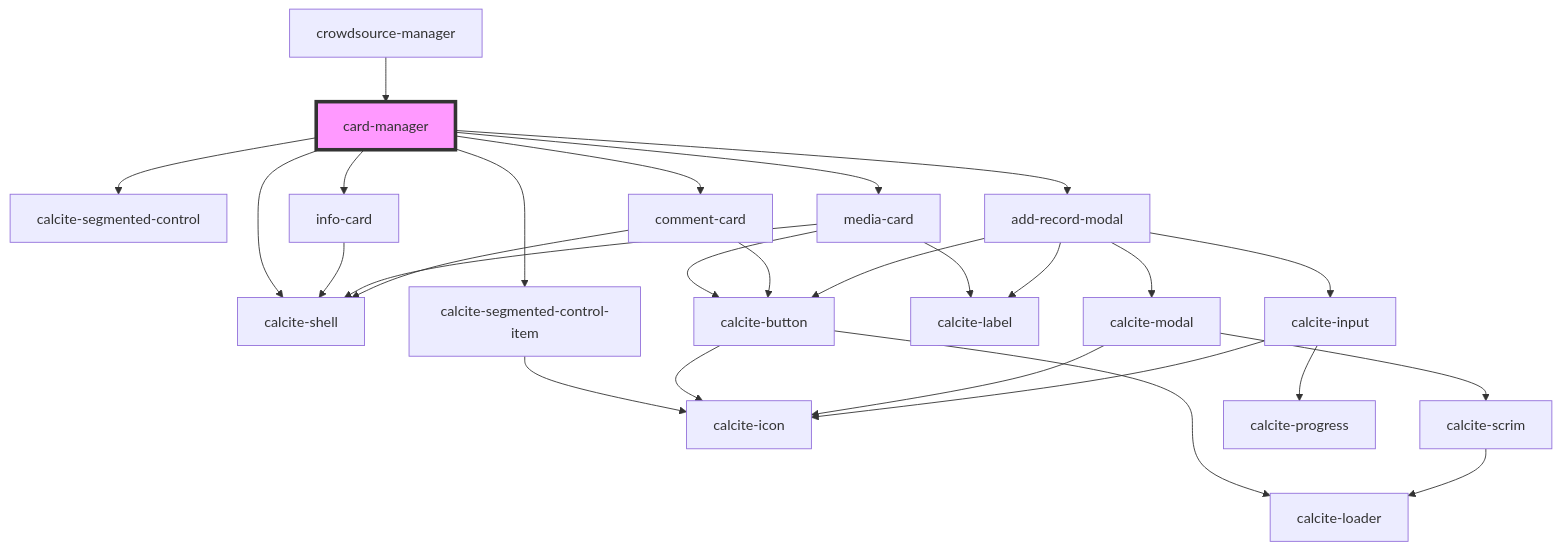
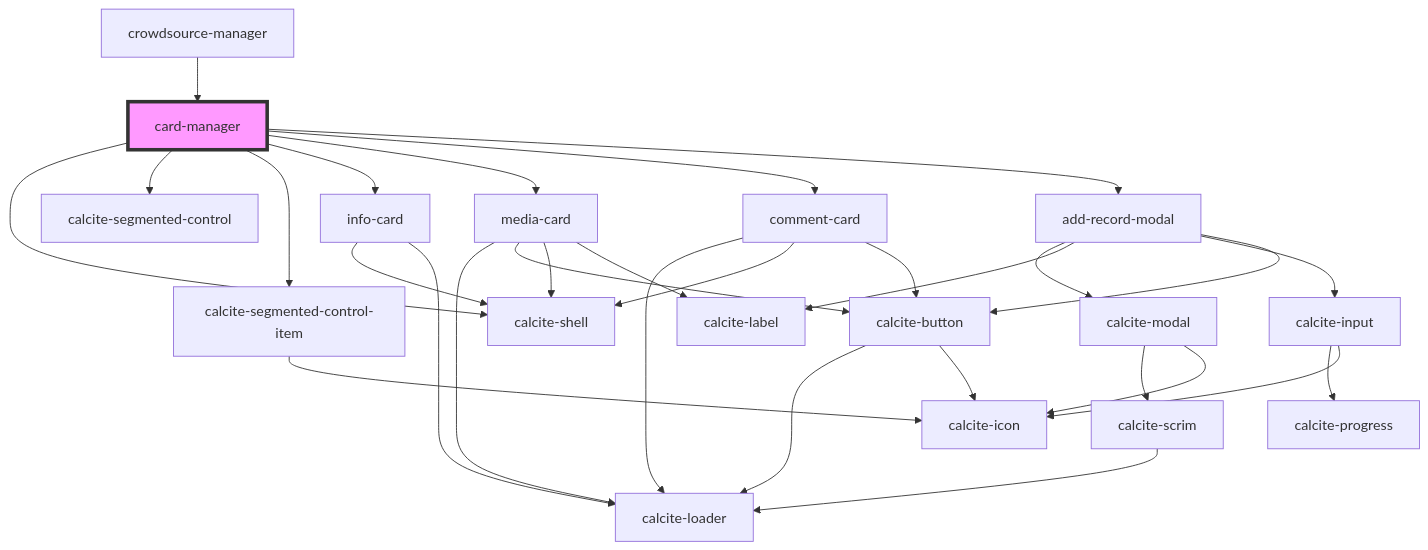
One commit to Esri/solutions-components changed the diagram in src/components/card-manager/readme.md. Above: the diagram before and after it, drawn with Mermaid. The commit also changed 19 other files, not shown here.

````diff
--- a/src/components/card-manager/readme.md
+++ b/src/components/card-manager/readme.md
@@ -35,30 +35,33 @@
 ```mermaid
 graph TD;
   card-manager --> calcite-shell
   card-manager --> calcite-segmented-control
   card-manager --> calcite-segmented-control-item
   card-manager --> info-card
   card-manager --> media-card
   card-manager --> comment-card
   card-manager --> add-record-modal
   calcite-segmented-control-item --> calcite-icon
   info-card --> calcite-shell
+  info-card --> calcite-loader
+  media-card --> calcite-loader
   media-card --> calcite-button
   media-card --> calcite-shell
   media-card --> calcite-label
   calcite-button --> calcite-loader
   calcite-button --> calcite-icon
+  comment-card --> calcite-loader
   comment-card --> calcite-shell
   comment-card --> calcite-button
   add-record-modal --> calcite-modal
   add-record-modal --> calcite-label
   add-record-modal --> calcite-input
   add-record-modal --> calcite-button
   calcite-modal --> calcite-scrim
   calcite-modal --> calcite-icon
   calcite-scrim --> calcite-loader
   calcite-input --> calcite-progress
   calcite-input --> calcite-icon
   crowdsource-manager --> card-manager
   style card-manager fill:#f9f,stroke:#333,stroke-width:4px
 ```
````
